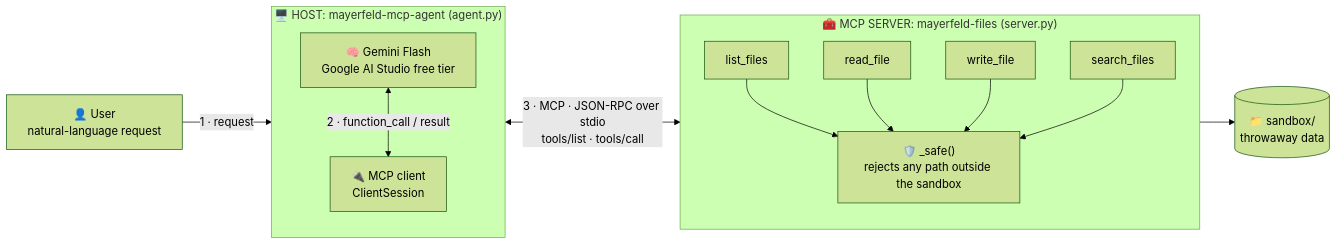
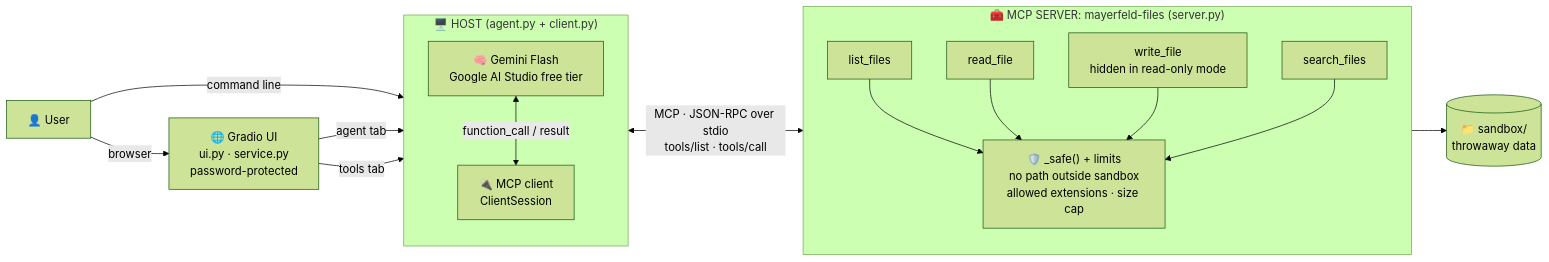
Before and after one commit to TatangF/mayerfeld-mcp-demo: the first of 2 diagrams in README.md, drawn with Mermaid (forest theme). The commit also changed other lines of this file and 13 other files, not shown here.

````diff
--- a/README.md
+++ b/README.md
@@ -9,30 +9,34 @@
 ```mermaid
 flowchart LR
-    U["👤 User<br/>natural-language request"]
+    U["👤 User"]
+    UI["🌐 Gradio UI<br/>ui.py · service.py<br/>password-protected"]
 
-    subgraph HOST["🖥️ HOST: mayerfeld-mcp-agent (agent.py)"]
+    subgraph HOST["🖥️ HOST (agent.py + client.py)"]
         direction TB
         LLM["🧠 Gemini Flash<br/>Google AI Studio free tier"]
         CLI["🔌 MCP client<br/>ClientSession"]
     end
 
     subgraph SRV["🧰 MCP SERVER: mayerfeld-files (server.py)"]
         direction TB
         T1["list_files"]
         T2["read_file"]
-        T3["write_file"]
+        T3["write_file<br/>hidden in read-only mode"]
         T4["search_files"]
-        G["🛡️ _safe()<br/>rejects any path outside the sandbox"]
+        G["🛡️ _safe() + limits<br/>no path outside sandbox<br/>allowed extensions · size cap"]
     end
 
     FS[("📁 sandbox/<br/>throwaway data")]
 
-    U -->|"1 · request"| LLM
-    LLM <-->|"2 · function_call / result"| CLI
-    CLI <-->|"3 · MCP · JSON-RPC over stdio<br/>tools/list · tools/call"| SRV
+    U -->|"browser"| UI
+    U -->|"command line"| LLM
+    UI -->|"agent tab"| LLM
+    UI -->|"tools tab"| CLI
+    LLM <-->|"function_call / result"| CLI
+    CLI <-->|"MCP · JSON-RPC over stdio<br/>tools/list · tools/call"| SRV
     T1 --> G
     T2 --> G
     T3 --> G
     T4 --> G
     G --> FS
 ```
````
